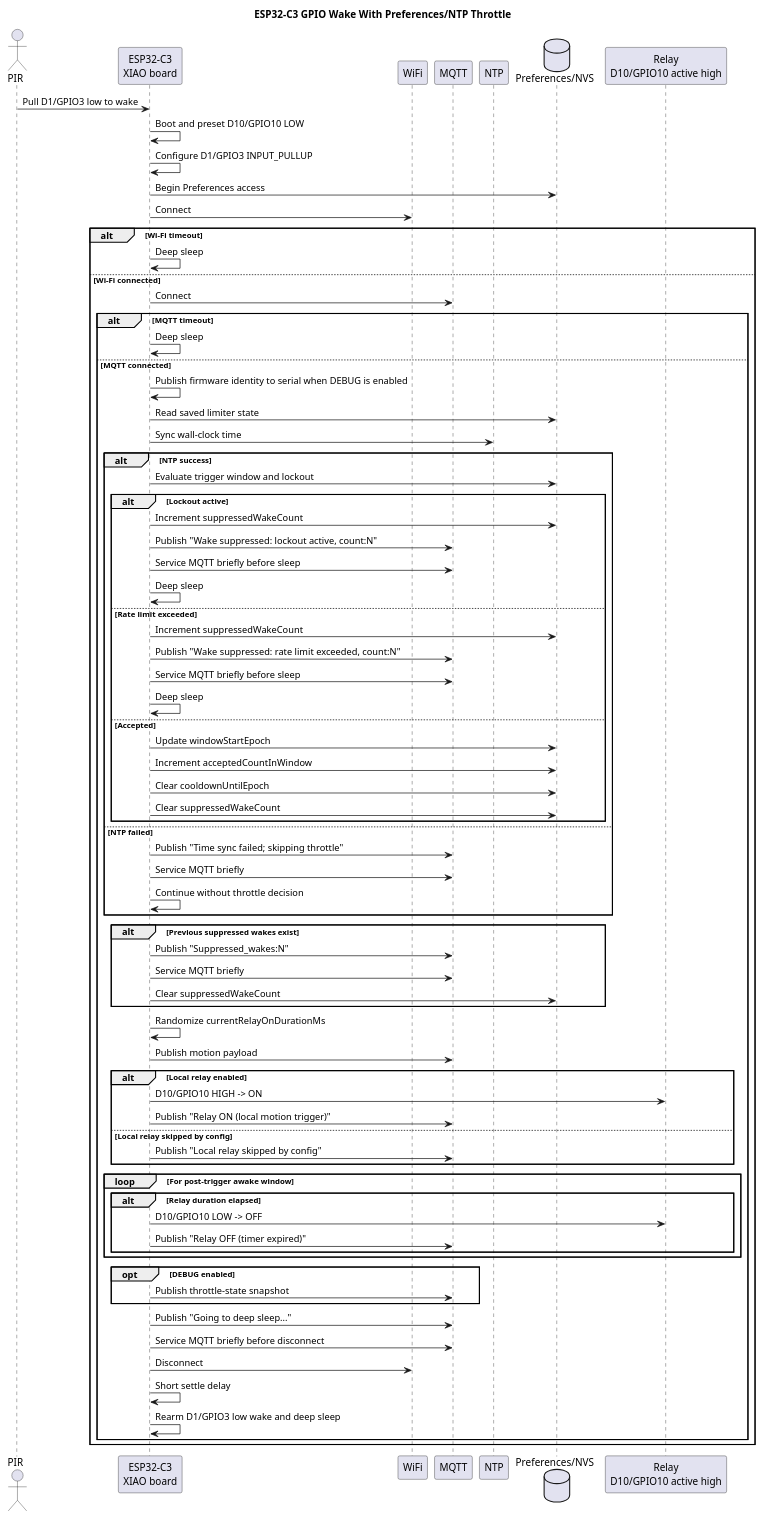
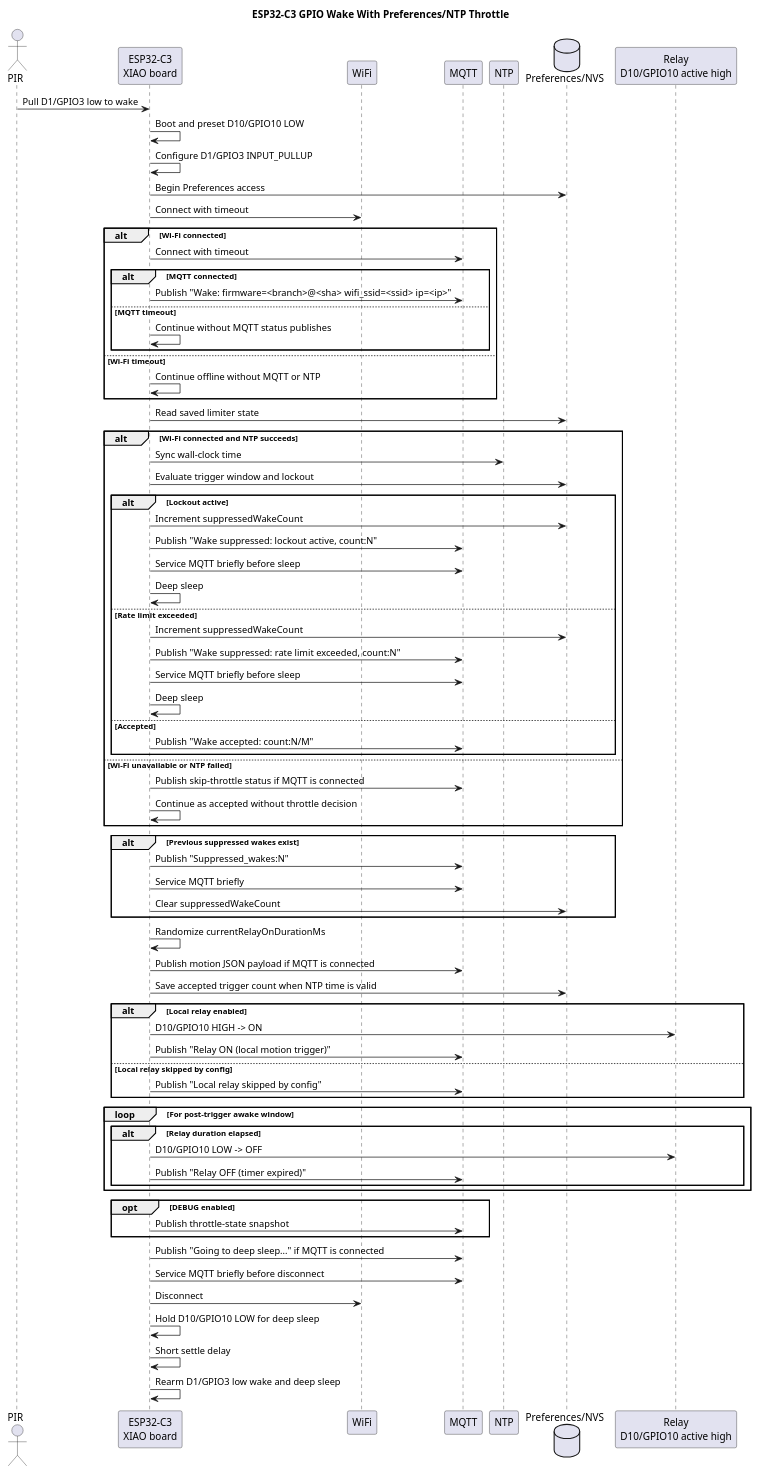
One commit to harraz/elghafeer changed the diagram in docs/firmware-flow.puml. Above: the diagram before and after it, drawn with PlantUML. The commit also changed 3 other files, not shown here.

Commit message:
Update ESP32-C3 wake MQTT flow and docs

```diff
--- a/docs/firmware-flow.puml
+++ b/docs/firmware-flow.puml
@@ -1,89 +1,86 @@
 @startuml
 title ESP32-C3 GPIO Wake With Preferences/NTP Throttle
 
 actor PIR
 participant "ESP32-C3\nXIAO board" as ESP
 participant "WiFi" as WIFI
 participant "MQTT" as MQTT
 participant "NTP" as NTP
 database "Preferences/NVS" as NVS
 participant "Relay\nD10/GPIO10 active high" as RELAY
 
 PIR -> ESP : Pull D1/GPIO3 low to wake
 
 ESP -> ESP : Boot and preset D10/GPIO10 LOW
 ESP -> ESP : Configure D1/GPIO3 INPUT_PULLUP
 ESP -> NVS : Begin Preferences access
 
-ESP -> WIFI : Connect
-alt Wi-Fi timeout
-  ESP -> ESP : Deep sleep
-else Wi-Fi connected
-  ESP -> MQTT : Connect
-  alt MQTT timeout
+ESP -> WIFI : Connect with timeout
+alt Wi-Fi connected
+  ESP -> MQTT : Connect with timeout
+  alt MQTT connected
+    ESP -> MQTT : Publish "Wake: firmware=<branch>@<sha> wifi_ssid=<ssid> ip=<ip>"
+  else MQTT timeout
+    ESP -> ESP : Continue without MQTT status publishes
+  end
+else Wi-Fi timeout
+  ESP -> ESP : Continue offline without MQTT or NTP
+end
+
+ESP -> NVS : Read saved limiter state
+alt Wi-Fi connected and NTP succeeds
+  ESP -> NTP : Sync wall-clock time
+  ESP -> NVS : Evaluate trigger window and lockout
+
+  alt Lockout active
+    ESP -> NVS : Increment suppressedWakeCount
+    ESP -> MQTT : Publish "Wake suppressed: lockout active, count:N"
+    ESP -> MQTT : Service MQTT briefly before sleep
     ESP -> ESP : Deep sleep
-  else MQTT connected
-    ESP -> ESP : Publish firmware identity to serial when DEBUG is enabled
+  else Rate limit exceeded
+    ESP -> NVS : Increment suppressedWakeCount
+    ESP -> MQTT : Publish "Wake suppressed: rate limit exceeded, count:N"
+    ESP -> MQTT : Service MQTT briefly before sleep
+    ESP -> ESP : Deep sleep
+  else Accepted
+    ESP -> MQTT : Publish "Wake accepted: count:N/M"
+  end
+else Wi-Fi unavailable or NTP failed
+  ESP -> MQTT : Publish skip-throttle status if MQTT is connected
+  ESP -> ESP : Continue as accepted without throttle decision
+end
 
-    ESP -> NVS : Read saved limiter state
-    ESP -> NTP : Sync wall-clock time
+alt Previous suppressed wakes exist
+  ESP -> MQTT : Publish "Suppressed_wakes:N"
+  ESP -> MQTT : Service MQTT briefly
+  ESP -> NVS : Clear suppressedWakeCount
+end
 
-    alt NTP success
-      ESP -> NVS : Evaluate trigger window and lockout
+ESP -> ESP : Randomize currentRelayOnDurationMs
+ESP -> MQTT : Publish motion JSON payload if MQTT is connected
+ESP -> NVS : Save accepted trigger count when NTP time is valid
+alt Local relay enabled
+  ESP -> RELAY : D10/GPIO10 HIGH -> ON
+  ESP -> MQTT : Publish "Relay ON (local motion trigger)"
+else Local relay skipped by config
+  ESP -> MQTT : Publish "Local relay skipped by config"
+end
 
-      alt Lockout active
-        ESP -> NVS : Increment suppressedWakeCount
-        ESP -> MQTT : Publish "Wake suppressed: lockout active, count:N"
-        ESP -> MQTT : Service MQTT briefly before sleep
-        ESP -> ESP : Deep sleep
-      else Rate limit exceeded
-        ESP -> NVS : Increment suppressedWakeCount
-        ESP -> MQTT : Publish "Wake suppressed: rate limit exceeded, count:N"
-        ESP -> MQTT : Service MQTT briefly before sleep
-        ESP -> ESP : Deep sleep
-      else Accepted
-        ESP -> NVS : Update windowStartEpoch
-        ESP -> NVS : Increment acceptedCountInWindow
-        ESP -> NVS : Clear cooldownUntilEpoch
-        ESP -> NVS : Clear suppressedWakeCount
-      end
-    else NTP failed
-      ESP -> MQTT : Publish "Time sync failed; skipping throttle"
-      ESP -> MQTT : Service MQTT briefly
-      ESP -> ESP : Continue without throttle decision
-    end
-
-    alt Previous suppressed wakes exist
-      ESP -> MQTT : Publish "Suppressed_wakes:N"
-      ESP -> MQTT : Service MQTT briefly
-      ESP -> NVS : Clear suppressedWakeCount
-    end
-
-    ESP -> ESP : Randomize currentRelayOnDurationMs
-    ESP -> MQTT : Publish motion payload
-    alt Local relay enabled
-      ESP -> RELAY : D10/GPIO10 HIGH -> ON
-      ESP -> MQTT : Publish "Relay ON (local motion trigger)"
-    else Local relay skipped by config
-      ESP -> MQTT : Publish "Local relay skipped by config"
-    end
-
-    loop For post-trigger awake window
-      alt Relay duration elapsed
-        ESP -> RELAY : D10/GPIO10 LOW -> OFF
-        ESP -> MQTT : Publish "Relay OFF (timer expired)"
-      end
-    end
-
-    opt DEBUG enabled
-      ESP -> MQTT : Publish throttle-state snapshot
-    end
-
-    ESP -> MQTT : Publish "Going to deep sleep..."
-    ESP -> MQTT : Service MQTT briefly before disconnect
-    ESP -> WIFI : Disconnect
-    ESP -> ESP : Short settle delay
-    ESP -> ESP : Rearm D1/GPIO3 low wake and deep sleep
+loop For post-trigger awake window
+  alt Relay duration elapsed
+    ESP -> RELAY : D10/GPIO10 LOW -> OFF
+    ESP -> MQTT : Publish "Relay OFF (timer expired)"
   end
 end
+
+opt DEBUG enabled
+  ESP -> MQTT : Publish throttle-state snapshot
+end
+
+ESP -> MQTT : Publish "Going to deep sleep..." if MQTT is connected
+ESP -> MQTT : Service MQTT briefly before disconnect
+ESP -> WIFI : Disconnect
+ESP -> ESP : Hold D10/GPIO10 LOW for deep sleep
+ESP -> ESP : Short settle delay
+ESP -> ESP : Rearm D1/GPIO3 low wake and deep sleep
 @enduml
```
